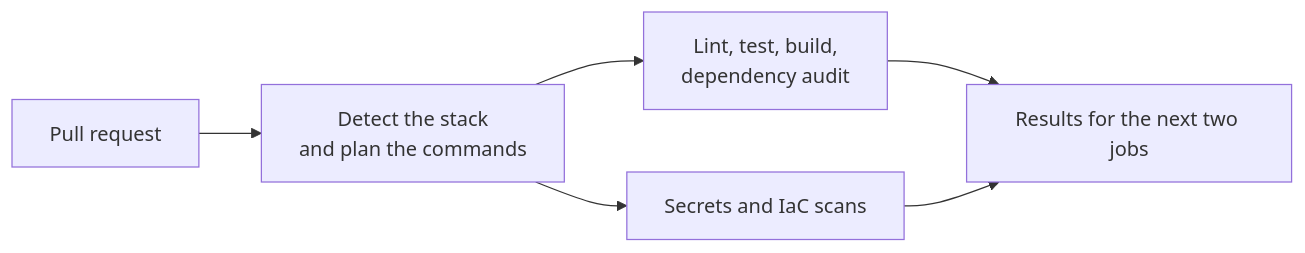
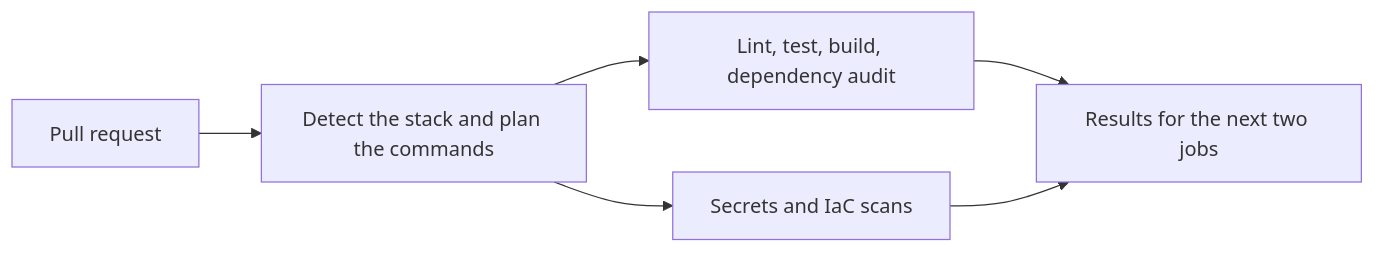
Before and after one commit to pulumamidi-harsha/agentic-review: the diagram in README.md, drawn with Mermaid. The commit also changed other lines of this file, not shown here.

````diff
--- a/README.md
+++ b/README.md
@@ -41,8 +28,8 @@
 ```mermaid
 flowchart LR
-    pr[Pull request] --> plan[Detect the stack<br/>and plan the commands]
-    plan --> checks[Lint, test, build,<br/>dependency audit]
+    pr[Pull request] --> plan[Detect the stack and plan the commands]
+    plan --> checks[Lint, test, build, dependency audit]
     plan --> scans[Secrets and IaC scans]
     checks --> out[Results for the next two jobs]
     scans --> out
 ```
````
